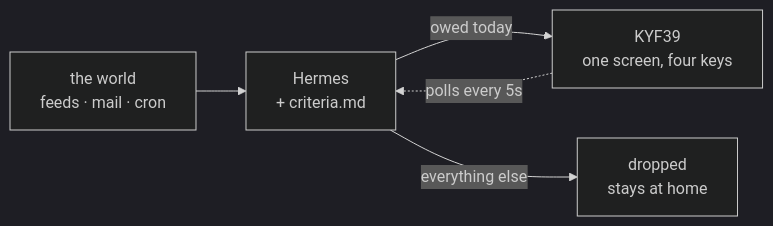
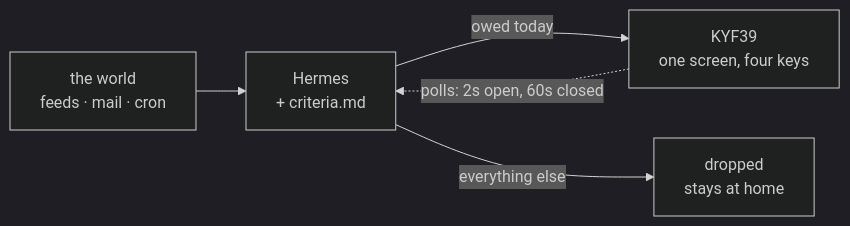
Before and after one commit to jumang4423/vipa: the diagram in README.md, drawn with Mermaid (dark theme). The commit also changed other lines of this file and 5 other files, not shown here.

Commit message:
app: polling follows the battery — 2s open, 1s charging, 60s closed; one poller at a time

````diff
--- a/README.md
+++ b/README.md
@@ -24,7 +24,7 @@
 ```mermaid
 flowchart LR
     W["the world<br/>feeds · mail · cron"] --> H["Hermes<br/>+ criteria.md"]
     H -- "owed today" --> P["KYF39<br/>one screen, four keys"]
     H -- "everything else" --> D["dropped<br/>stays at home"]
-    P -. "polls every 5s" .-> H
+    P -. "polls: 2s open, 60s closed" .-> H
 ```
````
